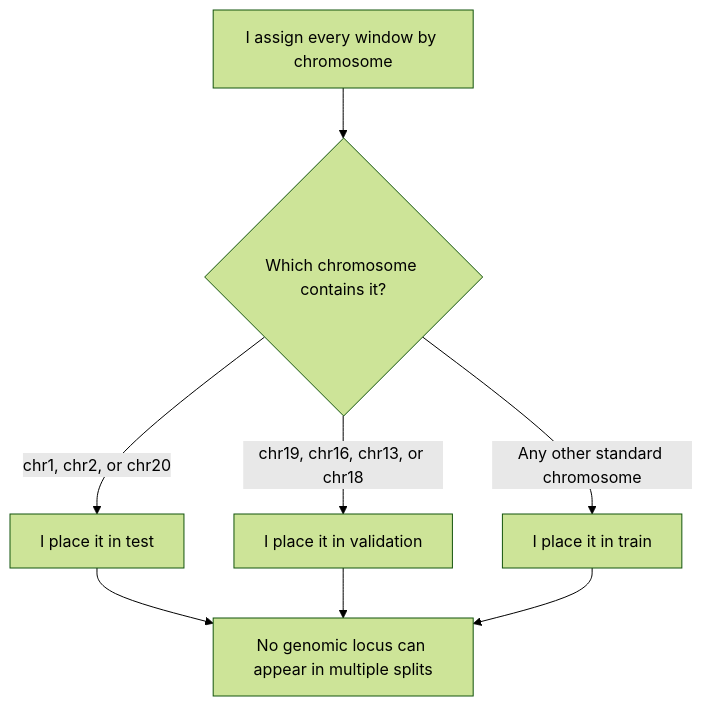
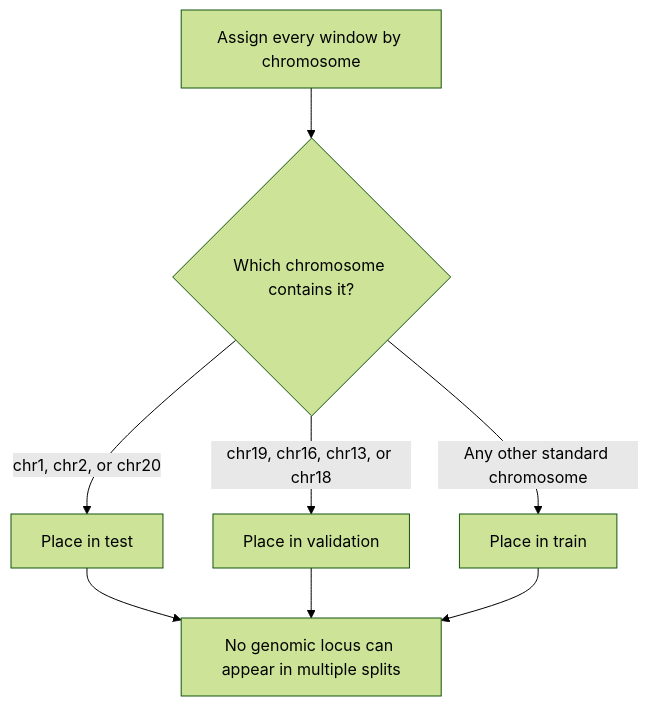
One commit to NirmalKumar31/rbp-binding changed the eighth of 25 diagrams in README.md. Above: the diagram before and after it, drawn with Mermaid (forest theme). The commit also changed other lines of this file, not shown here.

Commit message:
docs: neutralize first-person voice inside mermaid diagram labels

````diff
--- a/README.md
+++ b/README.md
@@ -306,10 +306,10 @@
 ```mermaid
 flowchart TD
-    A["I assign every window by chromosome"] --> B{"Which chromosome contains it?"}
-    B -->|"chr1, chr2, or chr20"| C["I place it in test"]
-    B -->|"chr19, chr16, chr13, or chr18"| D["I place it in validation"]
-    B -->|"Any other standard chromosome"| E["I place it in train"]
+    A["Assign every window by chromosome"] --> B{"Which chromosome contains it?"}
+    B -->|"chr1, chr2, or chr20"| C["Place in test"]
+    B -->|"chr19, chr16, chr13, or chr18"| D["Place in validation"]
+    B -->|"Any other standard chromosome"| E["Place in train"]
     C --> F["No genomic locus can appear in multiple splits"]
     D --> F
     E --> F
 ```
````
